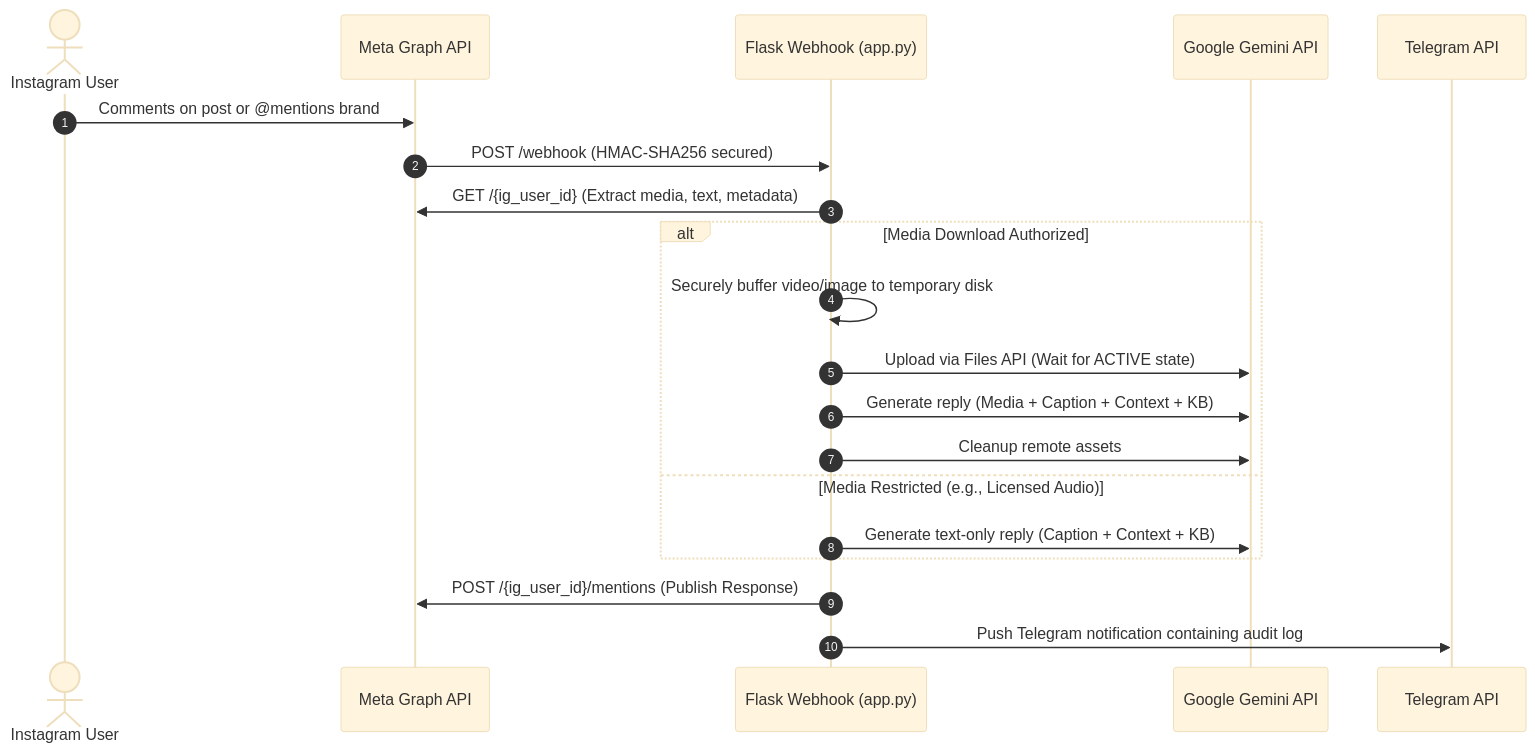
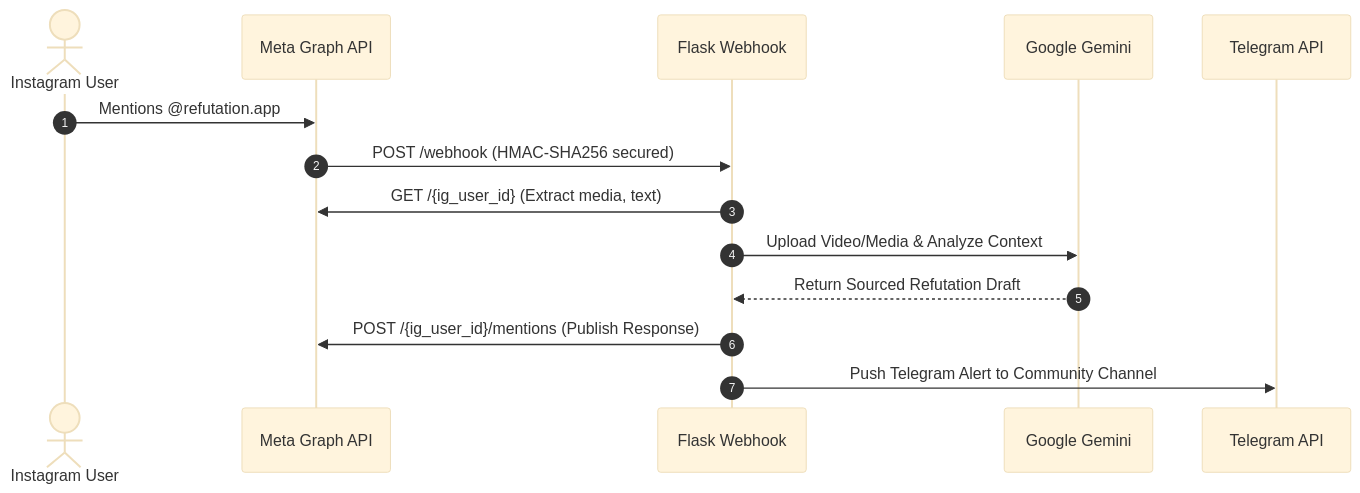
The diagram in README.md (AmmarFaizulHasan/Refutation.app), drawn with Mermaid (base theme) before and after one commit. The commit also changed other lines of this file, not shown here.

````diff
--- a/README.md
+++ b/README.md
@@ -34,23 +71,17 @@
 ```mermaid
 sequenceDiagram
     autonumber
     actor User as Instagram User
     participant Meta as Meta Graph API
-    participant Bot as Flask Webhook (app.py)
-    participant Gemini as Google Gemini API
+    participant Bot as Flask Webhook
+    participant Gemini as Google Gemini
     participant TG as Telegram API
 
-    User->>Meta: Comments on post or @mentions brand
+    User->>Meta: Mentions @refutation.app
     Meta->>Bot: POST /webhook (HMAC-SHA256 secured)
-    Bot->>Meta: GET /{ig_user_id} (Extract media, text, metadata)
-    alt Media Download Authorized
-        Bot->>Bot: Securely buffer video/image to temporary disk
-        Bot->>Gemini: Upload via Files API (Wait for ACTIVE state)
-        Bot->>Gemini: Generate reply (Media + Caption + Context + KB)
-        Bot->>Gemini: Cleanup remote assets
-    else Media Restricted (e.g., Licensed Audio)
-        Bot->>Gemini: Generate text-only reply (Caption + Context + KB)
-    end
+    Bot->>Meta: GET /{ig_user_id} (Extract media, text)
+    Bot->>Gemini: Upload Video/Media & Analyze Context
+    Gemini-->>Bot: Return Sourced Refutation Draft
     Bot->>Meta: POST /{ig_user_id}/mentions (Publish Response)
-    Bot->>TG: Push Telegram notification containing audit log
+    Bot->>TG: Push Telegram Alert to Community Channel
 ```
````
